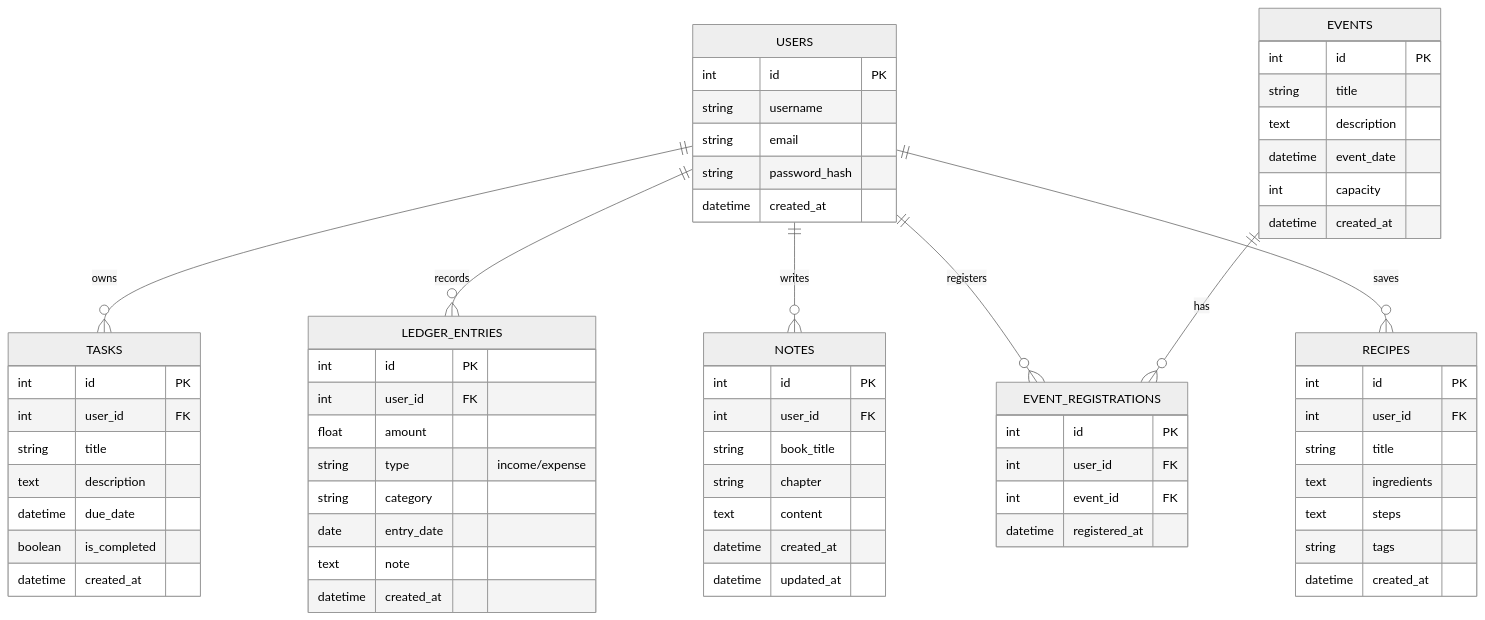
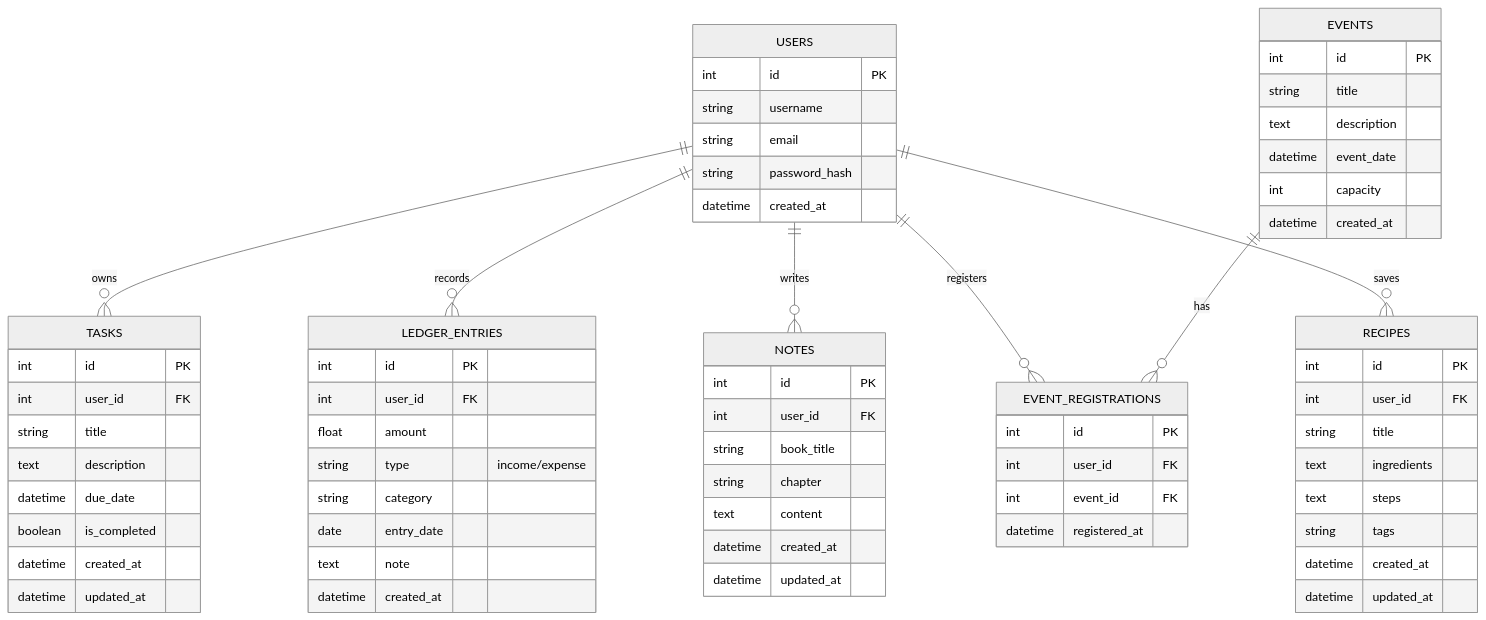
Before and after one commit to sevenD1463692/web_app_development: the diagram in docs/DB_DESIGN.md, drawn with Mermaid (neutral theme). The commit also changed other lines of this file and 12 other files, not shown here.

Commit message:
feat: add database schema and models

````diff
--- a/docs/DB_DESIGN.md
+++ b/docs/DB_DESIGN.md
@@ -5,74 +5,76 @@
 ```mermaid
 erDiagram
     USERS ||--o{ TASKS : owns
     USERS ||--o{ LEDGER_ENTRIES : records
     USERS ||--o{ NOTES : writes
     USERS ||--o{ EVENT_REGISTRATIONS : registers
     USERS ||--o{ RECIPES : saves
     EVENTS ||--o{ EVENT_REGISTRATIONS : has
 
     USERS {
         int id PK
         string username
         string email
         string password_hash
         datetime created_at
     }
 
     TASKS {
         int id PK
         int user_id FK
         string title
         text description
         datetime due_date
         boolean is_completed
         datetime created_at
+        datetime updated_at
     }
 
     LEDGER_ENTRIES {
         int id PK
         int user_id FK
         float amount
         string type "income/expense"
         string category
         date entry_date
         text note
         datetime created_at
     }
 
     NOTES {
         int id PK
         int user_id FK
         string book_title
         string chapter
         text content
         datetime created_at
         datetime updated_at
     }
 
     EVENTS {
         int id PK
         string title
         text description
         datetime event_date
         int capacity
         datetime created_at
     }
 
     EVENT_REGISTRATIONS {
         int id PK
         int user_id FK
         int event_id FK
         datetime registered_at
     }
 
     RECIPES {
         int id PK
         int user_id FK
         string title
         text ingredients
         text steps
         string tags
         datetime created_at
+        datetime updated_at
     }
 ```
````
